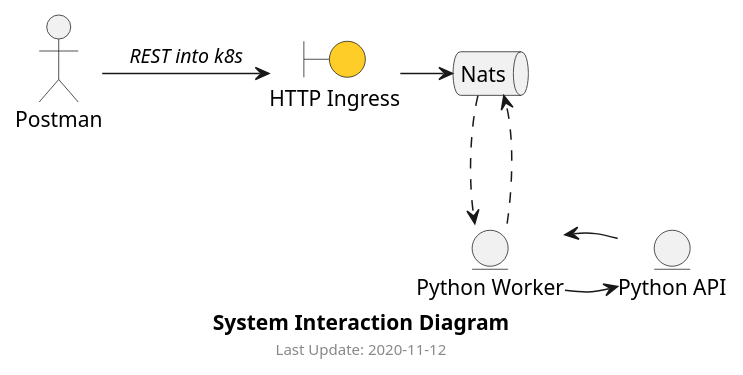
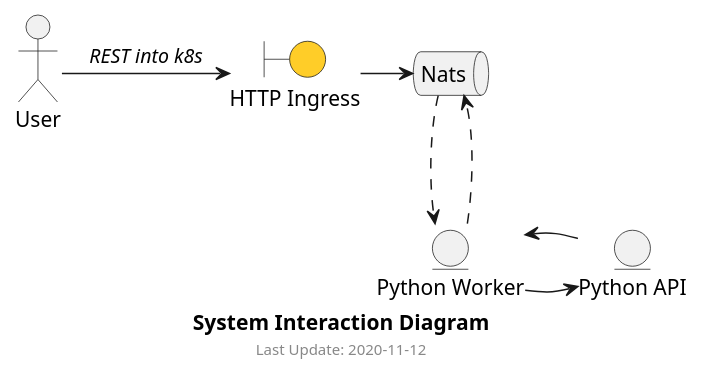
Before and after one commit to teedee22/microservices: the diagram in diagrams/interactions.puml, drawn with PlantUML. The commit also changed 3 other files, not shown here.

```diff
--- a/diagrams/interactions.puml
+++ b/diagrams/interactions.puml
@@ -1,29 +1,29 @@
 @startuml
 ' ' skinparam rectangle {
 ' '     roundCorner 25
 
 ' ' }
 ' <style>
 ' footer {
 '   HorizontalAlignment right
 ' }
 ' </style>
 
 caption <b>System Interaction Diagram</b> 
 footer  Last Update: 2020-11-12
 
-actor postman as "Postman"
+actor user as "User"
 boundary http_ingress as "HTTP Ingress" #FFCD28
 queue nats as "Nats"
 entity python_worker as "Python Worker"
 entity python_api as "Python API"
 
-postman -> http_ingress : <i>REST into k8s</i>
+user -> http_ingress : <i>REST into k8s</i>
 http_ingress -> nats 
 python_worker ..> nats 
 nats ..> python_worker
 
 python_worker -> python_api
 python_api -> python_worker
 
 @enduml
```
